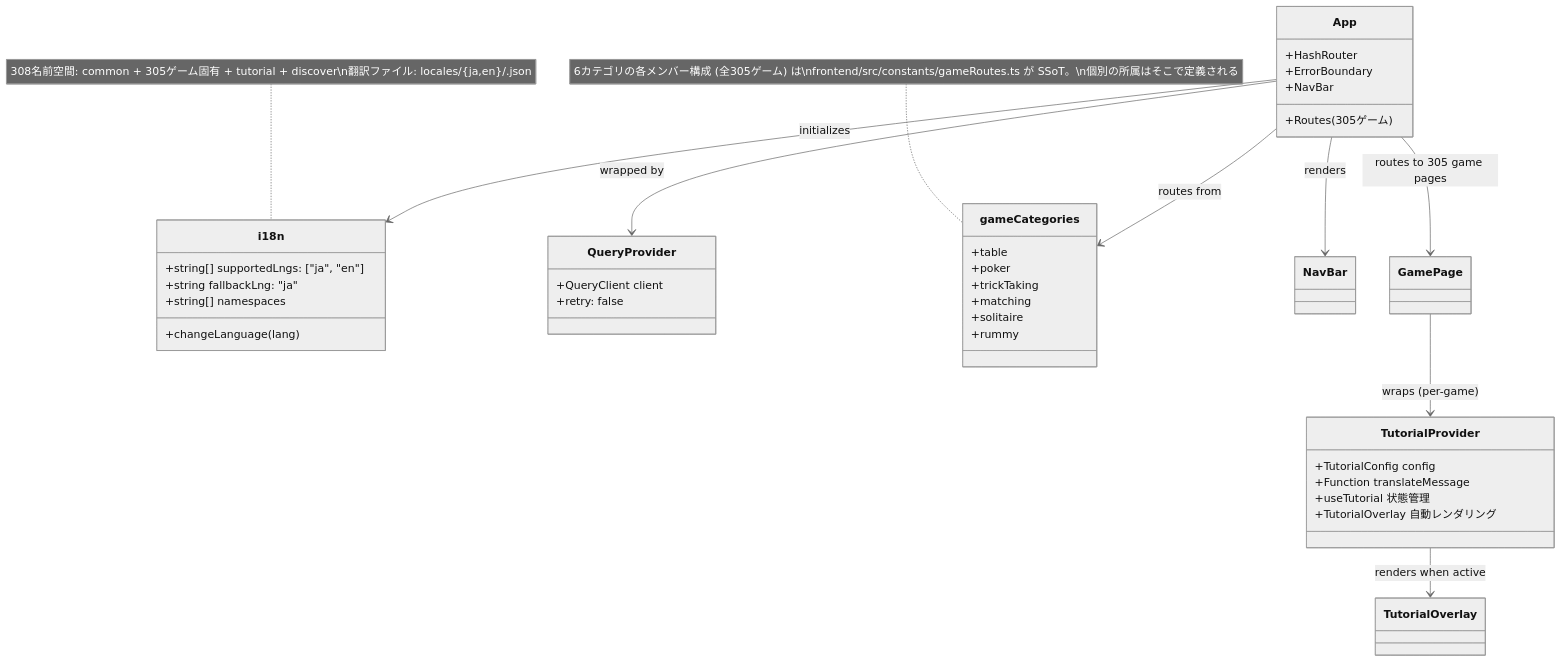
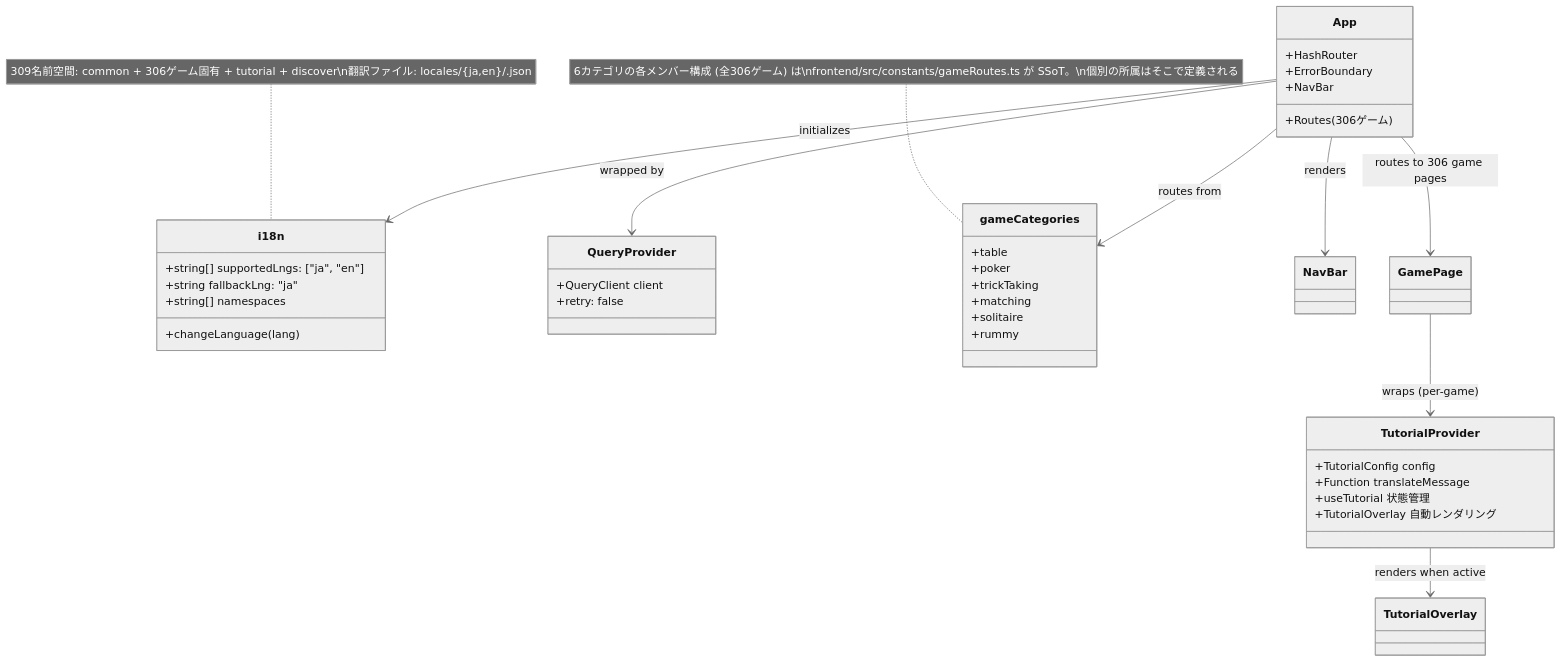
One commit to yuta-yoshinaga/go_trumpcards changed the ninth of 49 diagrams in docs/design/frontend.md. Above: the diagram before and after it, drawn with Mermaid (neutral theme). The commit also changed other lines of this file and 60 other files, not shown here.

````diff
--- a/docs/design/frontend.md
+++ b/docs/design/frontend.md
@@ -1869,48 +1869,48 @@
 ```mermaid
 classDiagram
     class i18n {
         +string[] supportedLngs: ["ja", "en"]
         +string fallbackLng: "ja"
         +string[] namespaces
         +changeLanguage(lang)
     }
 
     class QueryProvider {
         +QueryClient client
         +retry: false
     }
 
     class App {
         +HashRouter
         +ErrorBoundary
         +NavBar
-        +Routes (305ゲーム)
+        +Routes (306ゲーム)
     }
 
     class gameCategories {
         +table
         +poker
         +trickTaking
         +matching
         +solitaire
         +rummy
     }
-    note for gameCategories "6カテゴリの各メンバー構成 (全305ゲーム) は\nfrontend/src/constants/gameRoutes.ts が SSoT。\n個別の所属はそこで定義される"
+    note for gameCategories "6カテゴリの各メンバー構成 (全306ゲーム) は\nfrontend/src/constants/gameRoutes.ts が SSoT。\n個別の所属はそこで定義される"
 
     class TutorialProvider {
         +TutorialConfig config
         +Function translateMessage
         +useTutorial 状態管理
         +TutorialOverlay 自動レンダリング
     }
 
     App --> QueryProvider : wrapped by
     App --> i18n : initializes
     App --> gameCategories : routes from
     App --> NavBar : renders
-    App --> GamePage : routes to 305 game pages
+    App --> GamePage : routes to 306 game pages
     GamePage --> TutorialProvider : wraps (per-game)
     TutorialProvider --> TutorialOverlay : renders when active
 
-    note for i18n "308名前空間: common + 305ゲーム固有 + tutorial + discover\n翻訳ファイル: locales/{ja,en}/<game>.json"
+    note for i18n "309名前空間: common + 306ゲーム固有 + tutorial + discover\n翻訳ファイル: locales/{ja,en}/<game>.json"
 ```
````
